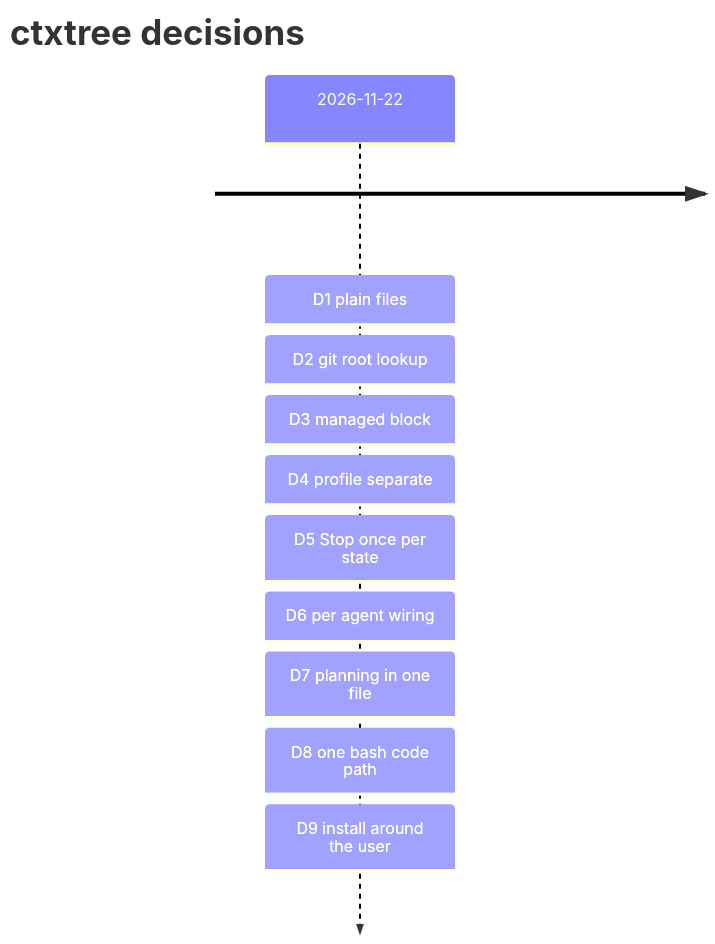
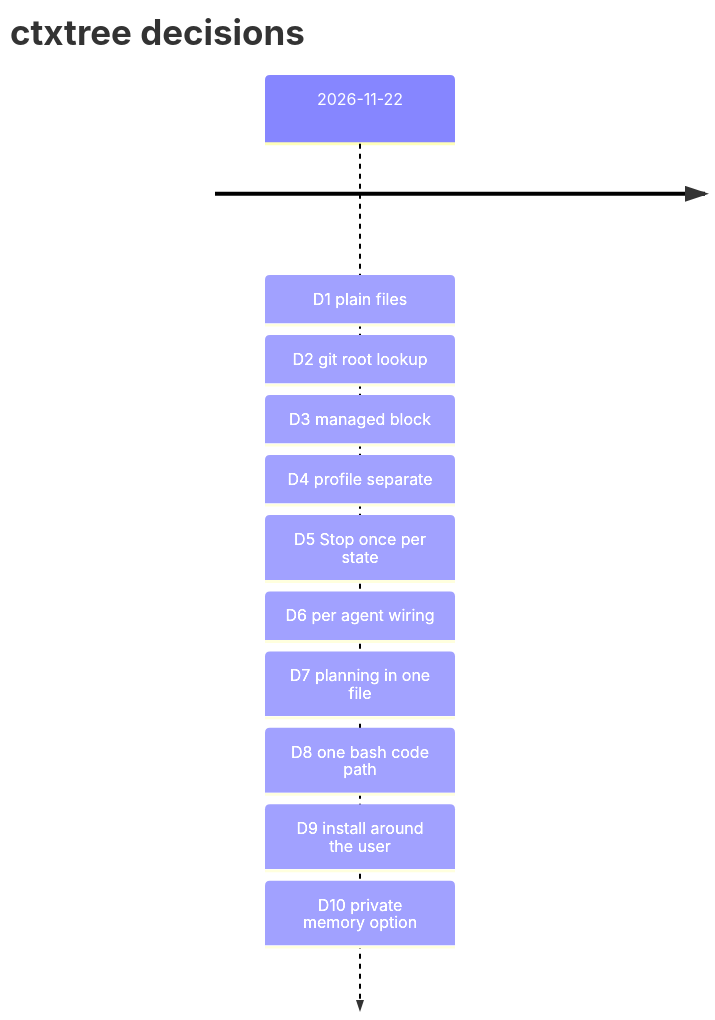
The diagram in docs/DECISIONS.md (tsvlgd/ctxtree), drawn with Mermaid before and after one commit. The commit also changed other lines of this file and 15 other files, not shown here.

First line of the commit message:
feat(init): option to keep project memory private (#4)

````diff
--- a/docs/DECISIONS.md
+++ b/docs/DECISIONS.md
@@ -5,5 +5,5 @@
 ```mermaid
 timeline
   title ctxtree decisions
-  2026-11-22 : D1 plain files : D2 git root lookup : D3 managed block : D4 profile separate : D5 Stop once per state : D6 per agent wiring : D7 planning in one file : D8 one bash code path : D9 install around the user
+  2026-11-22 : D1 plain files : D2 git root lookup : D3 managed block : D4 profile separate : D5 Stop once per state : D6 per agent wiring : D7 planning in one file : D8 one bash code path : D9 install around the user : D10 private memory option
 ```
````
